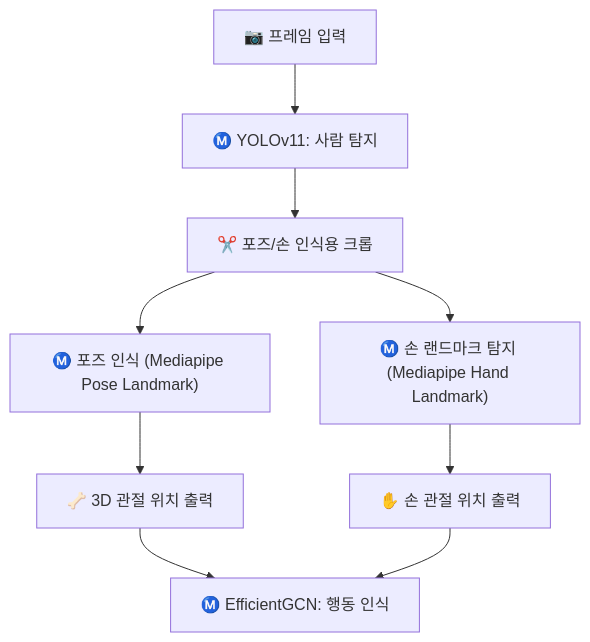
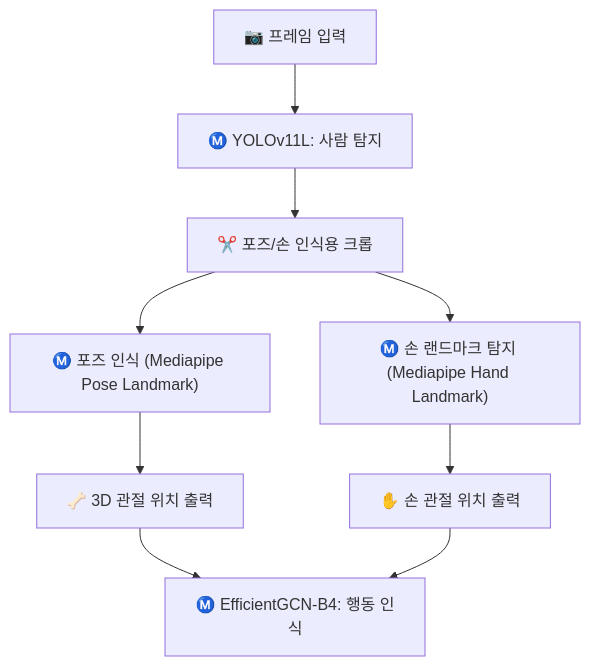
One commit to opmaksim/Project_SignalMaster changed the diagram in doc/research/traffic_hand_signal_recognition_pipeline.md. Above: the diagram before and after it, drawn with Mermaid.

````diff
--- a/doc/research/traffic_hand_signal_recognition_pipeline.md
+++ b/doc/research/traffic_hand_signal_recognition_pipeline.md
@@ -6,20 +6,20 @@
 ```mermaid
 graph TD
     FrameInput["📷 프레임 입력"]
-    PersonDetection["Ⓜ️ YOLOv11: 사람 탐지"]
+    PersonDetection["Ⓜ️ YOLOv11L: 사람 탐지"]
     CropForPose["✂️ 포즈/손 인식용 크롭"]
     PoseEstimation["Ⓜ️ 포즈 인식 (Mediapipe Pose Landmark)"]
     HandLandmark["Ⓜ️ 손 랜드마크 탐지 (Mediapipe Hand Landmark)"]
     PoseKeypoints["🦴 3D 관절 위치 출력"]
     HandKeypoints["✋ 손 관절 위치 출력"]
-    ActionRecognition["Ⓜ️ EfficientGCN: 행동 인식"]
+    ActionRecognition["Ⓜ️ EfficientGCN-B4: 행동 인식"]
 
     FrameInput --> PersonDetection
     PersonDetection --> CropForPose
     CropForPose --> PoseEstimation
     CropForPose --> HandLandmark
     PoseEstimation --> PoseKeypoints
     HandLandmark --> HandKeypoints
     PoseKeypoints --> ActionRecognition
     HandKeypoints --> ActionRecognition
 ```
````
